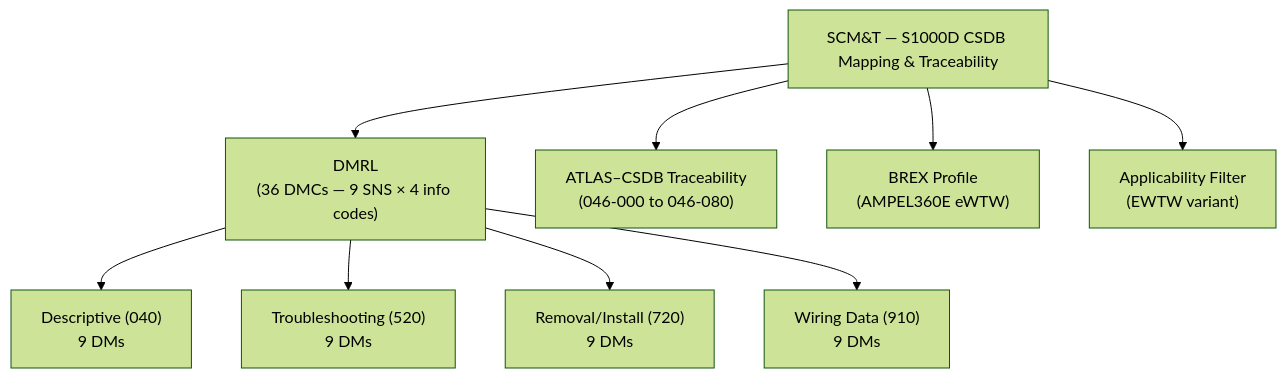
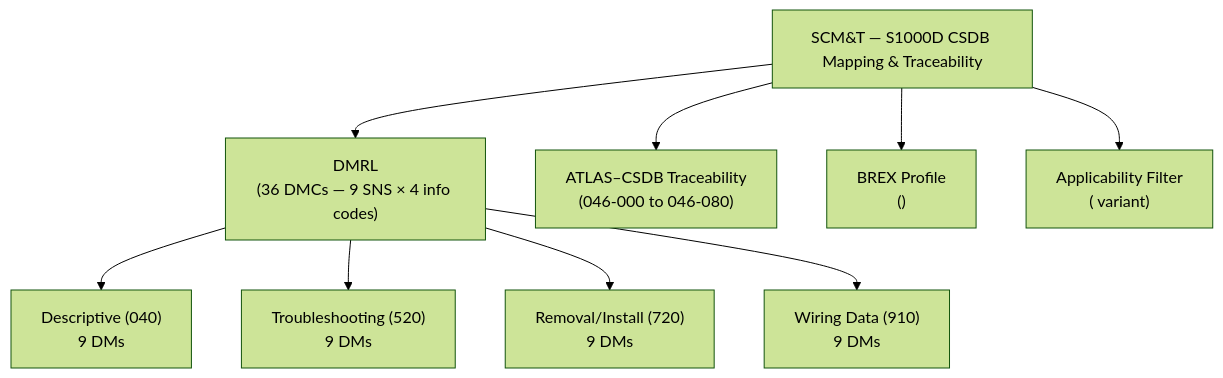
The first of 3 diagrams in Q+ATLANTIDE/000-099_ATLAS/040-049_Avionica-Informacion-y-APU/046_Information-Systems/046-090-S1000D-CSDB-Mapping-and-Traceability.md (AmedeoPelliccia/Qplus-For-All-Queer-People-and-Quantum), drawn with Mermaid (forest theme) before and after one commit. The commit also changed other lines of this file and 51 other files, not shown here.

First line of the commit message:
Generalize all 52 ATLAS S1000D-CSDB mapping files: remove AMPEL360E/eWTW/Programmes_example references, add scope: agnostic-standard, use generic DMC placeholders

````diff
--- a/Q+ATLANTIDE/000-099_ATLAS/040-049_Avionica-Informacion-y-APU/046_Information-Systems/046-090-S1000D-CSDB-Mapping-and-Traceability.md
+++ b/Q+ATLANTIDE/000-099_ATLAS/040-049_Avionica-Informacion-y-APU/046_Information-Systems/046-090-S1000D-CSDB-Mapping-and-Traceability.md
@@ -108,12 +109,12 @@
 ```mermaid
 graph TD
     SCM["SCM&T — S1000D CSDB Mapping & Traceability"]
     SCM --> DMRL["DMRL\n(36 DMCs — 9 SNS × 4 info codes)"]
     SCM --> ATLAS_MAP["ATLAS–CSDB Traceability\n(046-000 to 046-080)"]
-    SCM --> BREX["BREX Profile\n(AMPEL360E eWTW)"]
-    SCM --> APPLIC["Applicability Filter\n(EWTW variant)"]
+    SCM --> BREX["BREX Profile\n(<PROGRAMME>)"]
+    SCM --> APPLIC["Applicability Filter\n(<PROGRAMME-SHORT> variant)"]
     DMRL --> DM_040["Descriptive (040)\n9 DMs"]
     DMRL --> DM_520["Troubleshooting (520)\n9 DMs"]
     DMRL --> DM_720["Removal/Install (720)\n9 DMs"]
     DMRL --> DM_910["Wiring Data (910)\n9 DMs"]
 ```
````
